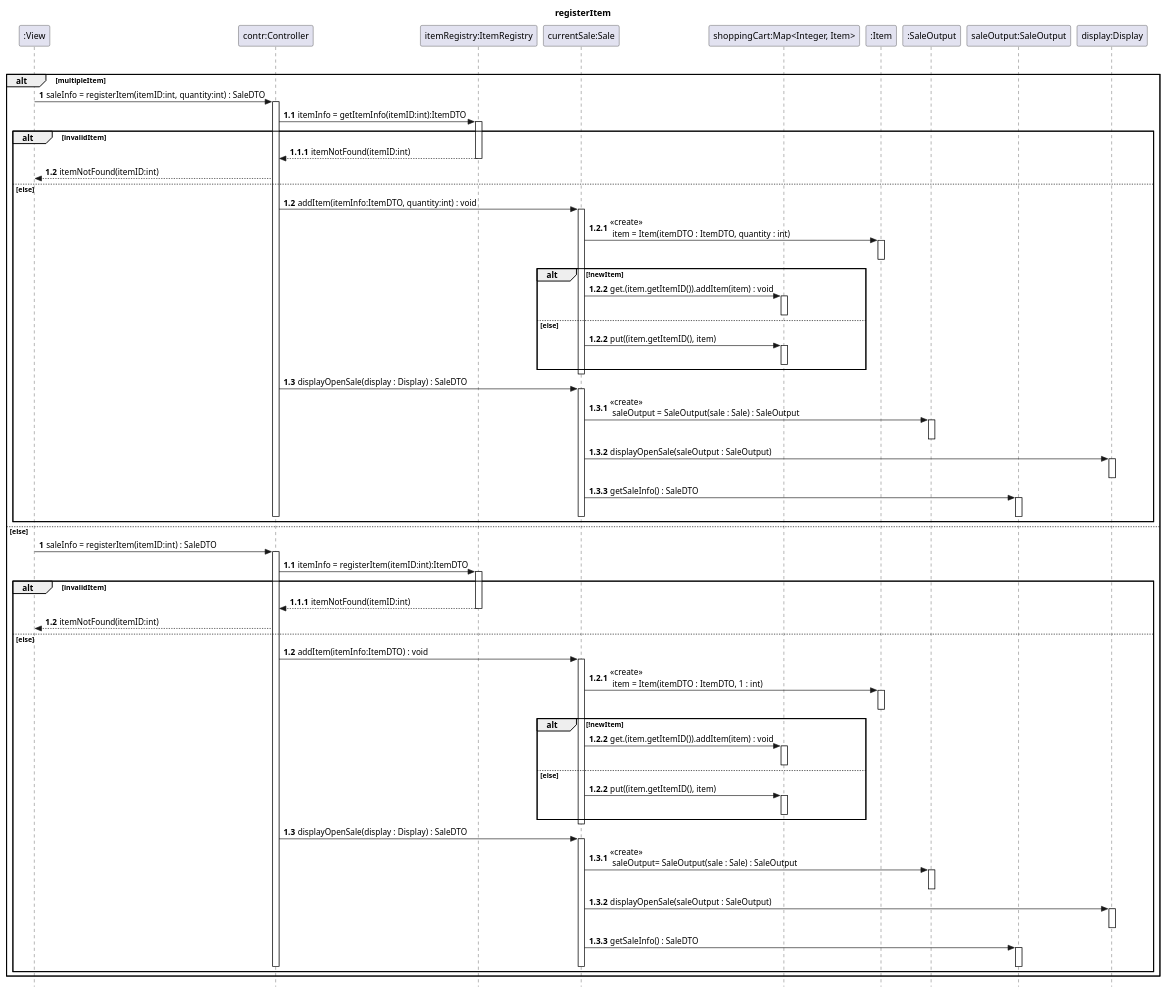
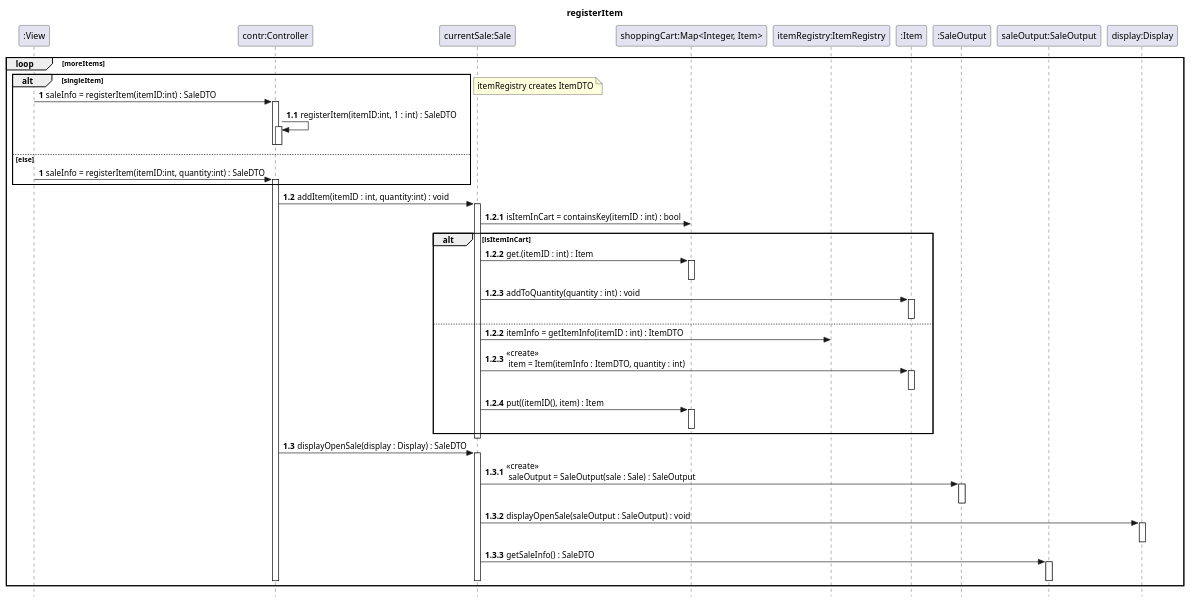
Before and after one commit to blomquiste/kth-iv1350-POS: the fifth of 8 diagrams in uml/uml_v3.puml, drawn with PlantUML. The commit also changed other lines of this file and 66 other files, not shown here.

```diff
--- a/uml/uml_v3.puml
+++ b/uml/uml_v3.puml
@@ -353,146 +353,101 @@
 @startuml
 skinparam style strictuml
 
 title registerItem
 'REGISTERITEM
 hide unlinked
 participant ":View" as View
 participant "contr:Controller" as contr
-participant "itemRegistry:ItemRegistry" as itemRegistry
 participant "currentSale:Sale" as currentSale
 participant "shoppingCart:Map<Integer, Item>" as shoppingCart
+participant "itemRegistry:ItemRegistry" as itemRegistry
 participant ":Item" as Item
 participant ":SaleOutput" as SaleOutput
 participant "saleOutput:SaleOutput" as saleOutput
 participant "display:Display" as display
 
 loop moreItems
 '[validIdentifier]
-    alt multipleItem
+    alt singleItem
+        autonumber 1
+        View -> contr : saleInfo = registerItem(itemID:int) : SaleDTO
+        activate contr
+        autonumber 1.1
+        contr -> contr : registerItem(itemID:int, 1 : int) : SaleDTO
+        activate contr
+        deactivate contr
+        deactivate contr
+
+'        autonumber 1.1
+''        contr -> inventorySystem : itemInfo = registerItem(itemID:int):ItemDTO
+'        contr -> itemRegistry : itemInfo = getItemInfo(itemID:int):ItemDTO
+'        activate itemRegistry
+'        alt invalidItem
+'        autonumber 1.1.1
+'        contr <-- itemRegistry : itemNotFound(itemID:int)
+'        deactivate itemRegistry
+'        autonumber 1.2
+'        View <-- contr : itemNotFound(itemID:int)
+
+   else else
         autonumber 1
         View -> contr : saleInfo = registerItem(itemID:int, quantity:int) : SaleDTO
         activate contr
-
-        autonumber 1.1
-'        contr -> inventorySystem : itemInfo = registerItem(itemID:int):ItemDTO
-        contr -> itemRegistry : itemInfo = getItemInfo(itemID:int):ItemDTO
-        activate itemRegistry
-        alt invalidItem
-        autonumber 1.1.1
-        contr <-- itemRegistry : itemNotFound(itemID:int)
-        deactivate itemRegistry
-        autonumber 1.2
-        View <-- contr : itemNotFound(itemID:int)
-
-        else else
+   end
         deactivate itemRegistry
         note right: itemRegistry creates ItemDTO
 
         autonumber 1.2
-        contr -> currentSale : addItem(itemInfo:ItemDTO, quantity:int) : void
+        contr -> currentSale : addItem(itemID : int, quantity:int) : void
         activate currentSale
         autonumber 1.2.1
-        currentSale -> Item : <<create>> \n item = Item(itemDTO : ItemDTO, quantity : int)
-        activate Item
-        deactivate Item
-        alt !newItem
+        currentSale -> shoppingCart : isItemInCart = containsKey(itemID : int) : bool
+        alt isItemInCart
             autonumber 1.2.2
-            currentSale -> shoppingCart : get.(item.getItemID()).addItem(item) : void
+            currentSale -> shoppingCart : get.(itemID : int) : Item
             activate shoppingCart
             deactivate shoppingCart
-        else else
+            autonumber 1.2.3
+            currentSale -> Item : addToQuantity(quantity : int) : void
+            activate Item
+            deactivate Item
+        else
             autonumber 1.2.2
-            currentSale -> shoppingCart : put((item.getItemID(), item)
+            currentSale -> itemRegistry : itemInfo = getItemInfo(itemID : int) : ItemDTO
+            autonumber 1.2.3
+            currentSale -> Item : <<create>> \n item = Item(itemInfo : ItemDTO, quantity : int)
+            activate Item
+            deactivate Item
+            autonumber 1.2.4
+            currentSale -> shoppingCart : put((itemID(), item) : Item
             activate shoppingCart
             deactivate shoppingCart
-
         end
         deactivate currentSale
         autonumber 1.3
         contr -> currentSale : displayOpenSale(display : Display) : SaleDTO
         activate currentSale
         autonumber 1.3.1
         currentSale -> SaleOutput : <<create>> \n saleOutput = SaleOutput(sale : Sale) : SaleOutput
         activate SaleOutput
         deactivate SaleOutput
         autonumber 1.3.2
-        currentSale -> display : displayOpenSale(saleOutput : SaleOutput)
+        currentSale -> display : displayOpenSale(saleOutput : SaleOutput) : void
         activate display
 '        display -> saleOutput : createOpenSaleString() : String
 '        activate saleOutput
 '        deactivate saleOutput
         deactivate display
         autonumber 1.3.3
         currentSale -> saleOutput : getSaleInfo() : SaleDTO
         activate saleOutput
         deactivate saleOutput
         deactivate currentSale
 
         deactivate contr
-        end
-
-        else else
-            autonumber 1
-            View -> contr : saleInfo = registerItem(itemID:int) : SaleDTO
-            activate contr
-
-            autonumber 1.1
-    '        create InventorySystem
-            contr -> itemRegistry : itemInfo = registerItem(itemID:int):ItemDTO
-            activate itemRegistry
-            alt invalidItem
-
-            autonumber 1.1.1
-            contr <-- itemRegistry : itemNotFound(itemID:int)
-            deactivate itemRegistry
-            autonumber 1.2
-            View <-- contr : itemNotFound(itemID:int)
-
-            else else
-            deactivate itemRegistry
-
-            autonumber 1.2
-            contr -> currentSale : addItem(itemInfo:ItemDTO) : void
-            activate currentSale
-        autonumber 1.2.1
-        currentSale -> Item : <<create>> \n item = Item(itemDTO : ItemDTO, 1 : int)
-        activate Item
-        deactivate Item
-        alt !newItem
-            autonumber 1.2.2
-            currentSale -> shoppingCart : get.(item.getItemID()).addItem(item) : void
-            activate shoppingCart
-            deactivate shoppingCart
-        else else
-            autonumber 1.2.2
-            currentSale -> shoppingCart : put((item.getItemID(), item)
-            activate shoppingCart
-            deactivate shoppingCart
-
-        end
-        deactivate currentSale
-        deactivate currentSale
-
-        autonumber 1.3
-        contr -> currentSale : displayOpenSale(display : Display) : SaleDTO
-        activate currentSale
-        autonumber 1.3.1
-        currentSale -> SaleOutput : <<create>> \n saleOutput= SaleOutput(sale : Sale) : SaleOutput
-        activate SaleOutput
-        deactivate SaleOutput
-        autonumber 1.3.2
-        currentSale -> display : displayOpenSale(saleOutput : SaleOutput)
-        activate display
-        deactivate display
-        autonumber 1.3.3
-        currentSale -> saleOutput : getSaleInfo() : SaleDTO
-        activate saleOutput
-        deactivate saleOutput
-        deactivate currentSale
 
         deactivate contr
-    end
 end
 
 autonumber stop
 @enduml
```
